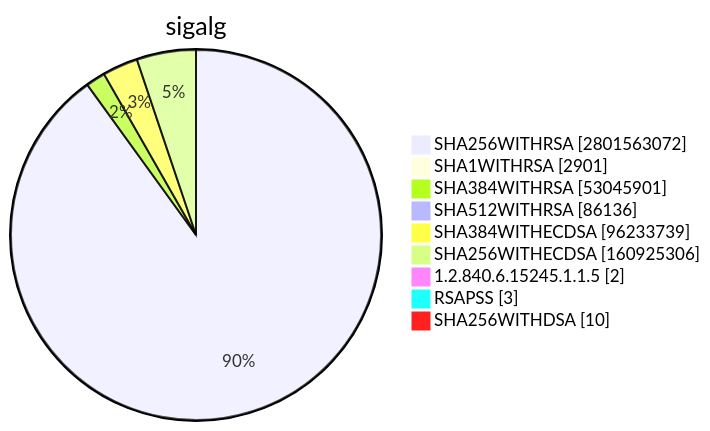
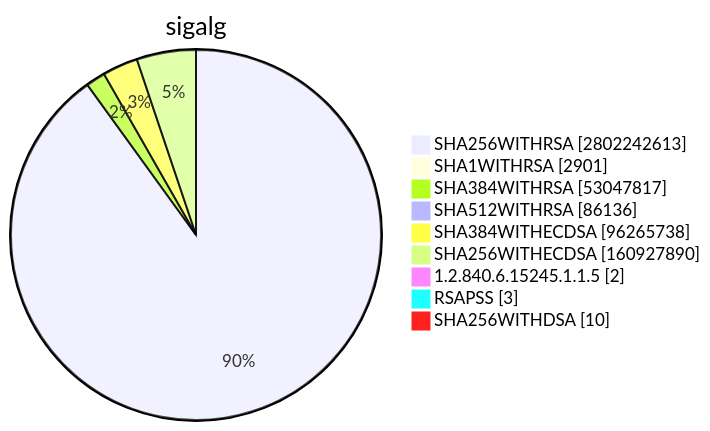
One commit to christiankrug/ctmonitor_visualization changed diagram 15 of 15 in TOTAL/README.md. Above: the diagram before and after it, drawn with Mermaid. The commit also changed other lines of this file, not shown here.

````diff
--- a/TOTAL/README.md
+++ b/TOTAL/README.md
@@ -6207,13 +6207,13 @@
 ```mermaid
 pie showData
 title sigalg
-"SHA256WITHRSA" :2801563072
+"SHA256WITHRSA" :2802242613
 "SHA1WITHRSA" :2901
-"SHA384WITHRSA" :53045901
+"SHA384WITHRSA" :53047817
 "SHA512WITHRSA" :86136
-"SHA384WITHECDSA" :96233739
-"SHA256WITHECDSA" :160925306
+"SHA384WITHECDSA" :96265738
+"SHA256WITHECDSA" :160927890
 "1.2.840.6.15245.1.1.5" :2
 "RSAPSS" :3
 "SHA256WITHDSA" :10
 ```
````
